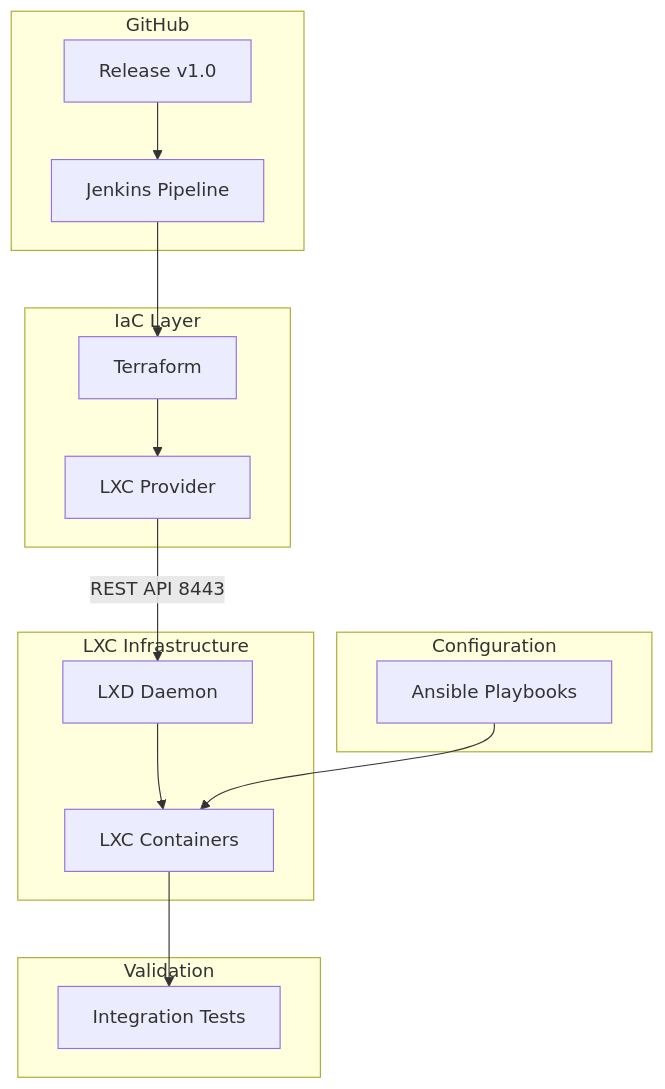
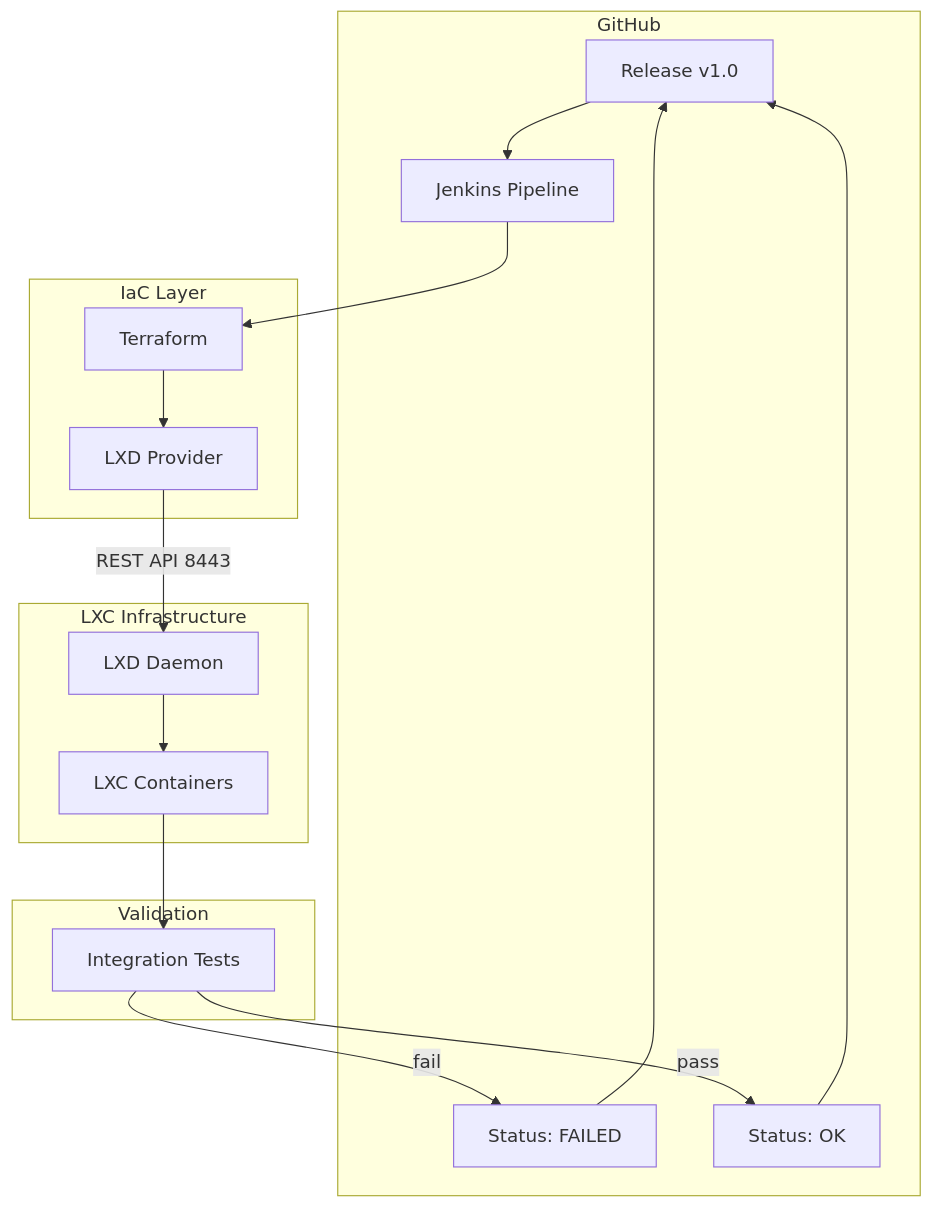
Before and after one commit to DurianLAB/terraform: the diagram in docs/diagram.md, drawn with Mermaid. The commit also changed other lines of this file and 1 other file, not shown here.

Commit message:
Add architecture diagrams with feedback loop and update README

````diff
--- a/docs/diagram.md
+++ b/docs/diagram.md
@@ -55,24 +70,24 @@
 ```mermaid
 graph TB
     subgraph "GitHub"
         A[Release v1.0] --> B[Jenkins Pipeline]
+        F[Status: FAILED] --> A
+        G[Status: OK] --> A
     end
     
     subgraph "IaC Layer"
         B --> C[Terraform]
-        C --> D[LXC Provider]
+        C --> D[LXD Provider]
     end
     
     subgraph "LXC Infrastructure"
         D -->|REST API 8443| E[LXD Daemon]
-        E --> F[LXC Containers]
-    end
-    
-    subgraph "Configuration"
-        G[Ansible Playbooks] --> F
+        E --> F1[LXC Containers]
     end
     
     subgraph "Validation"
-        F --> H[Integration Tests]
+        F1 --> H[Integration Tests]
+        H -->|pass| G
+        H -->|fail| F
     end
 ```
````
